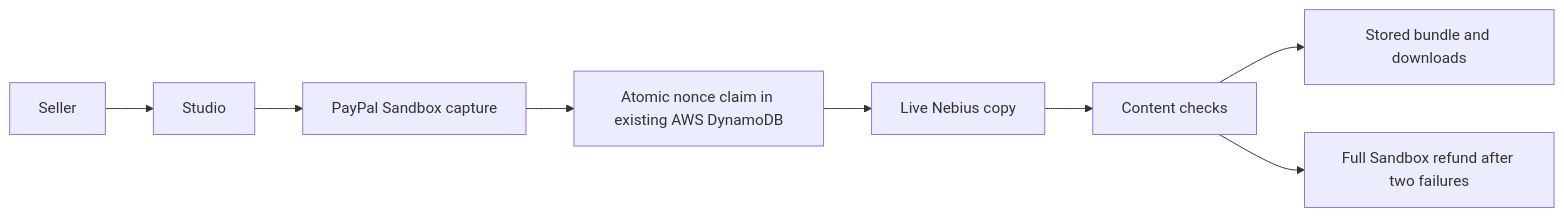
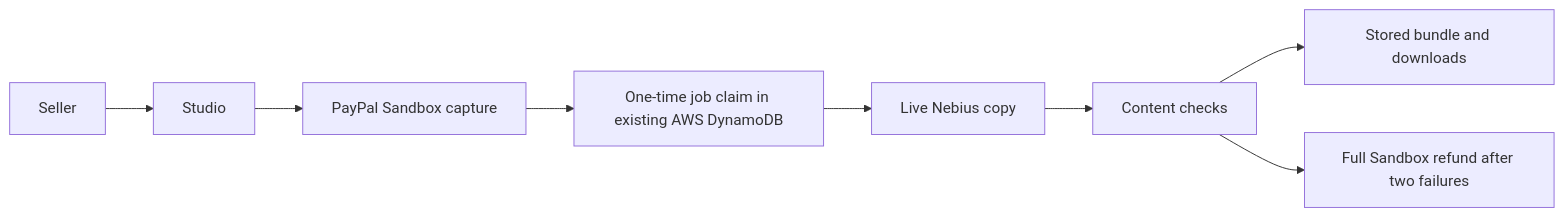
The diagram in README.md (kks0488/paid-agent-studio), drawn with Mermaid before and after one commit. The commit also changed other lines of this file and 6 other files, not shown here.

````diff
--- a/README.md
+++ b/README.md
@@ -13,8 +13,8 @@
 ```mermaid
 flowchart LR
   Seller --> Studio --> PayPal[PayPal Sandbox capture]
-  PayPal --> Claim[Atomic nonce claim in existing AWS DynamoDB]
+  PayPal --> Claim[One-time job claim in existing AWS DynamoDB]
   Claim --> Nebius[Live Nebius copy] --> QC[Content checks]
   QC --> Delivery[Stored bundle and downloads]
   QC --> Refund[Full Sandbox refund after two failures]
 ```
````
